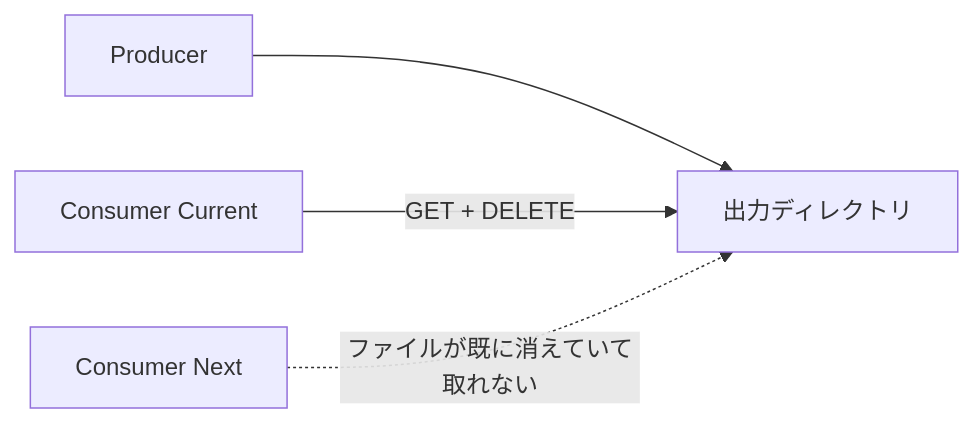
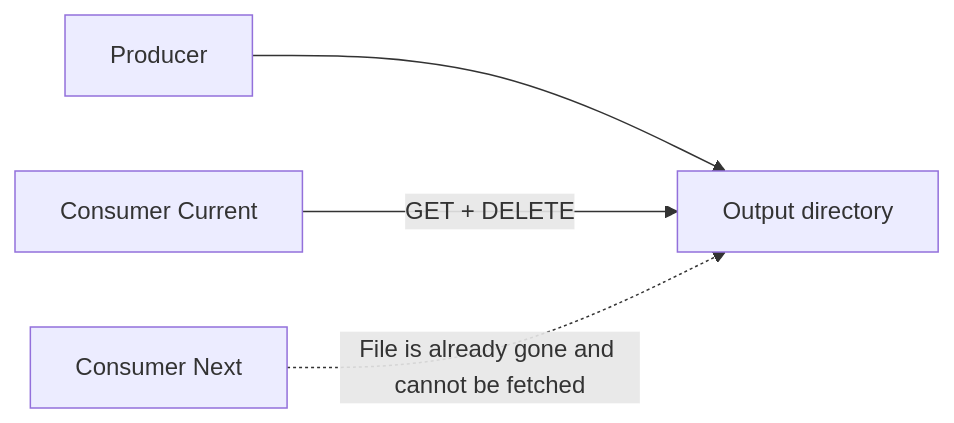
The first of 2 diagrams in README.md (suwa-sh/file-pubsub), drawn with Mermaid before and after one commit. The commit also changed other lines of this file and 4 other files, not shown here.

````diff
--- a/README.md
+++ b/README.md
@@ -19,6 +21,6 @@
 ```mermaid
 flowchart LR
-    P["Producer"] --> D["出力ディレクトリ"]
+    P["Producer"] --> D["Output directory"]
     C1["Consumer Current"] -- "GET + DELETE" --> D
-    C2["Consumer Next"] -. "ファイルが既に消えていて取れない" .-> D
+    C2["Consumer Next"] -. "File is already gone and cannot be fetched" .-> D
 ```
````
